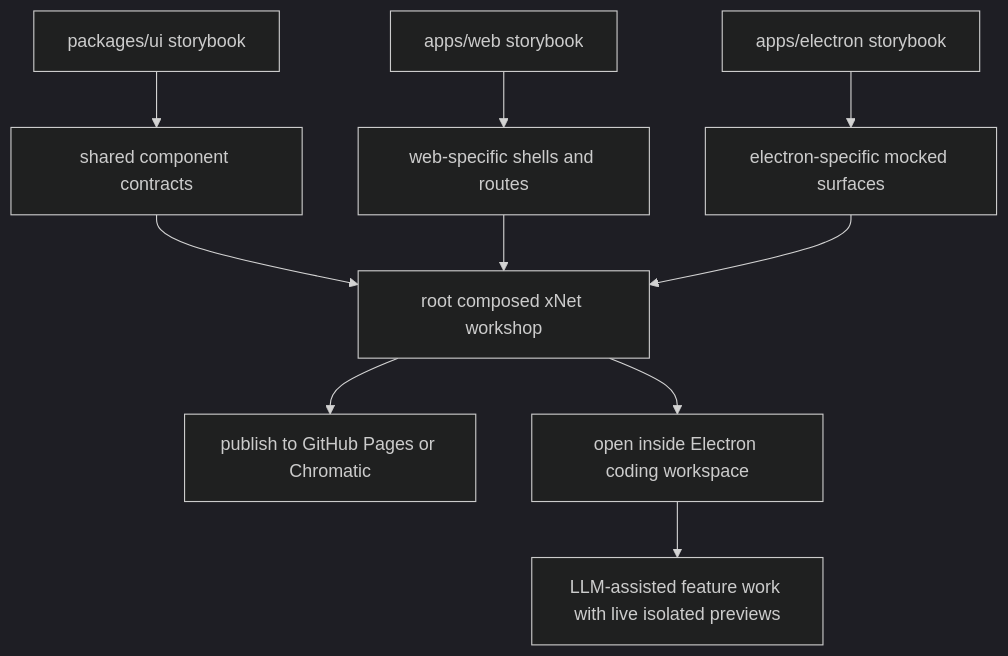
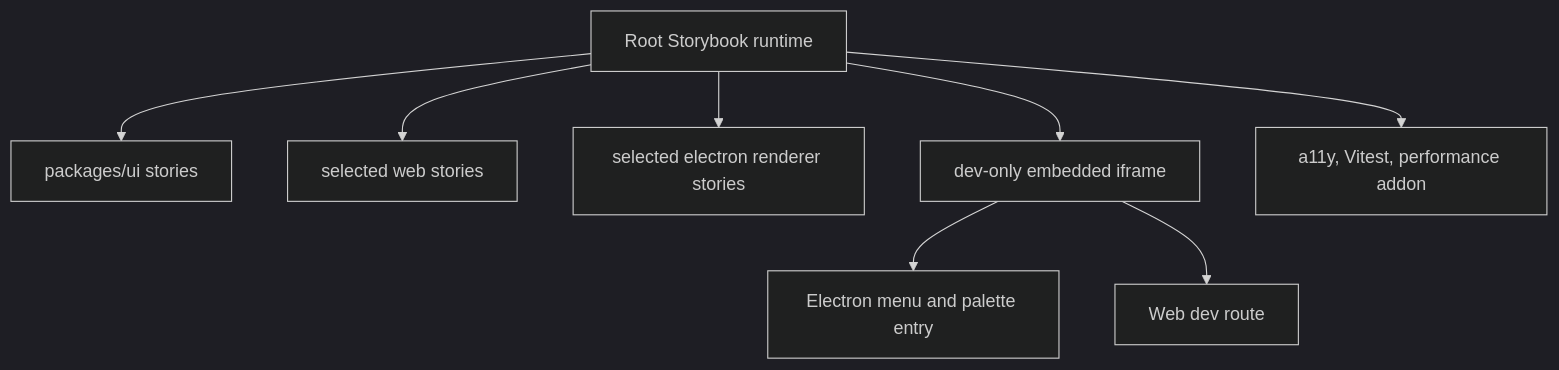
Before and after one commit to crs48/xNet: the first of 4 diagrams in docs/explorations/0107_[_]_STORYBOOK_PERFORMANCE_PANEL_AND_ELECTRON_IDE_WORKSHOP.md, drawn with Mermaid (dark theme). The commit also changed other lines of this file, not shown here.

First line of the commit message:
docs(exploration): update Storybook implementation direction

````diff
--- a/docs/explorations/0107_[_]_STORYBOOK_PERFORMANCE_PANEL_AND_ELECTRON_IDE_WORKSHOP.md
+++ b/docs/explorations/0107_[_]_STORYBOOK_PERFORMANCE_PANEL_AND_ELECTRON_IDE_WORKSHOP.md
@@ -28,12 +27,10 @@
 ```mermaid
 flowchart TD
-  A["packages/ui storybook"] --> B["shared component contracts"]
-  C["apps/web storybook"] --> D["web-specific shells and routes"]
-  E["apps/electron storybook"] --> F["electron-specific mocked surfaces"]
-  B --> G["root composed xNet workshop"]
-  D --> G
-  F --> G
-  G --> H["publish to GitHub Pages or Chromatic"]
-  G --> I["open inside Electron coding workspace"]
-  I --> J["LLM-assisted feature work with live isolated previews"]
+  A["Root Storybook runtime"] --> B["packages/ui stories"]
+  A --> C["selected web stories"]
+  A --> D["selected electron renderer stories"]
+  A --> E["dev-only embedded iframe"]
+  E --> F["Electron menu and palette entry"]
+  E --> G["Web dev route"]
+  A --> H["a11y, Vitest, performance addon"]
 ```
````
